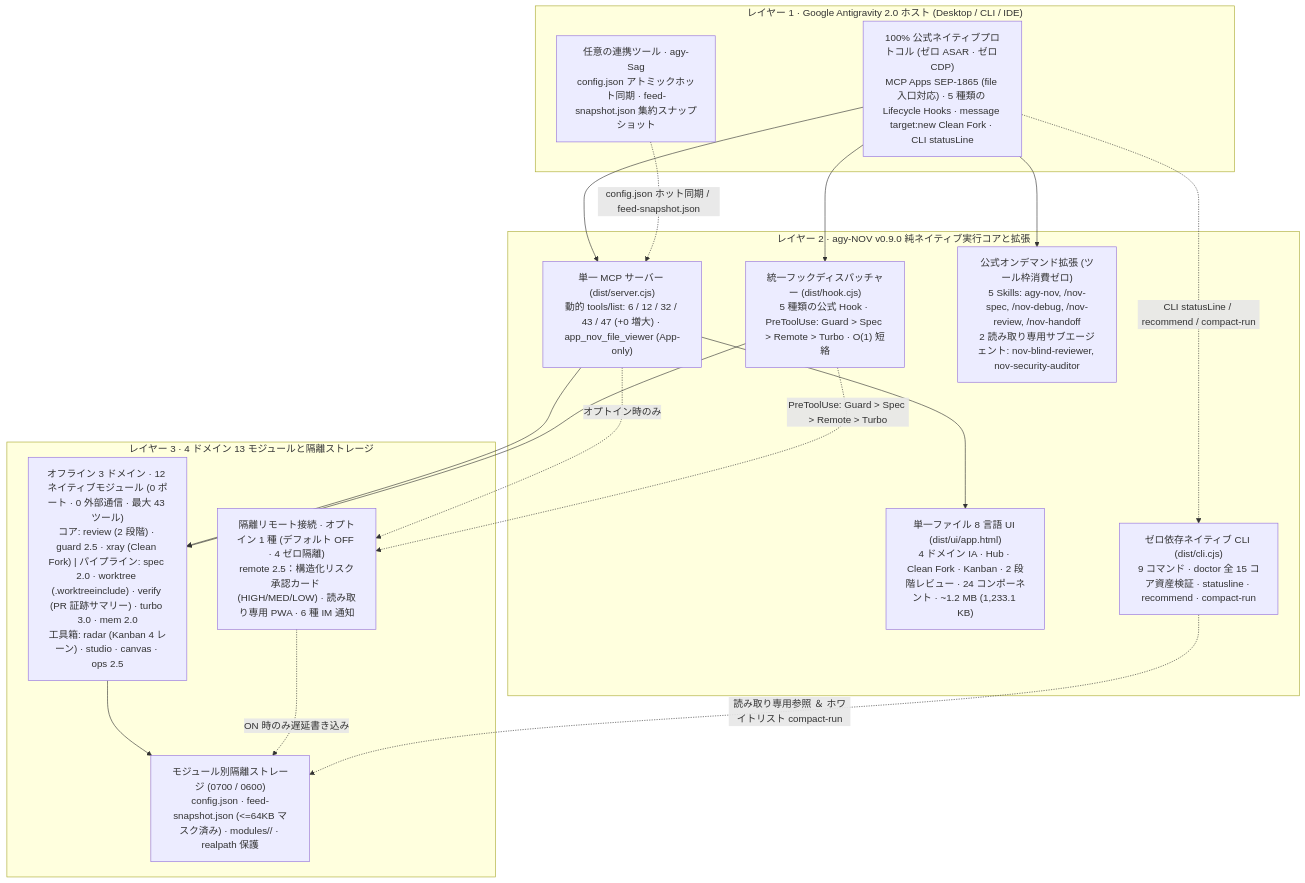
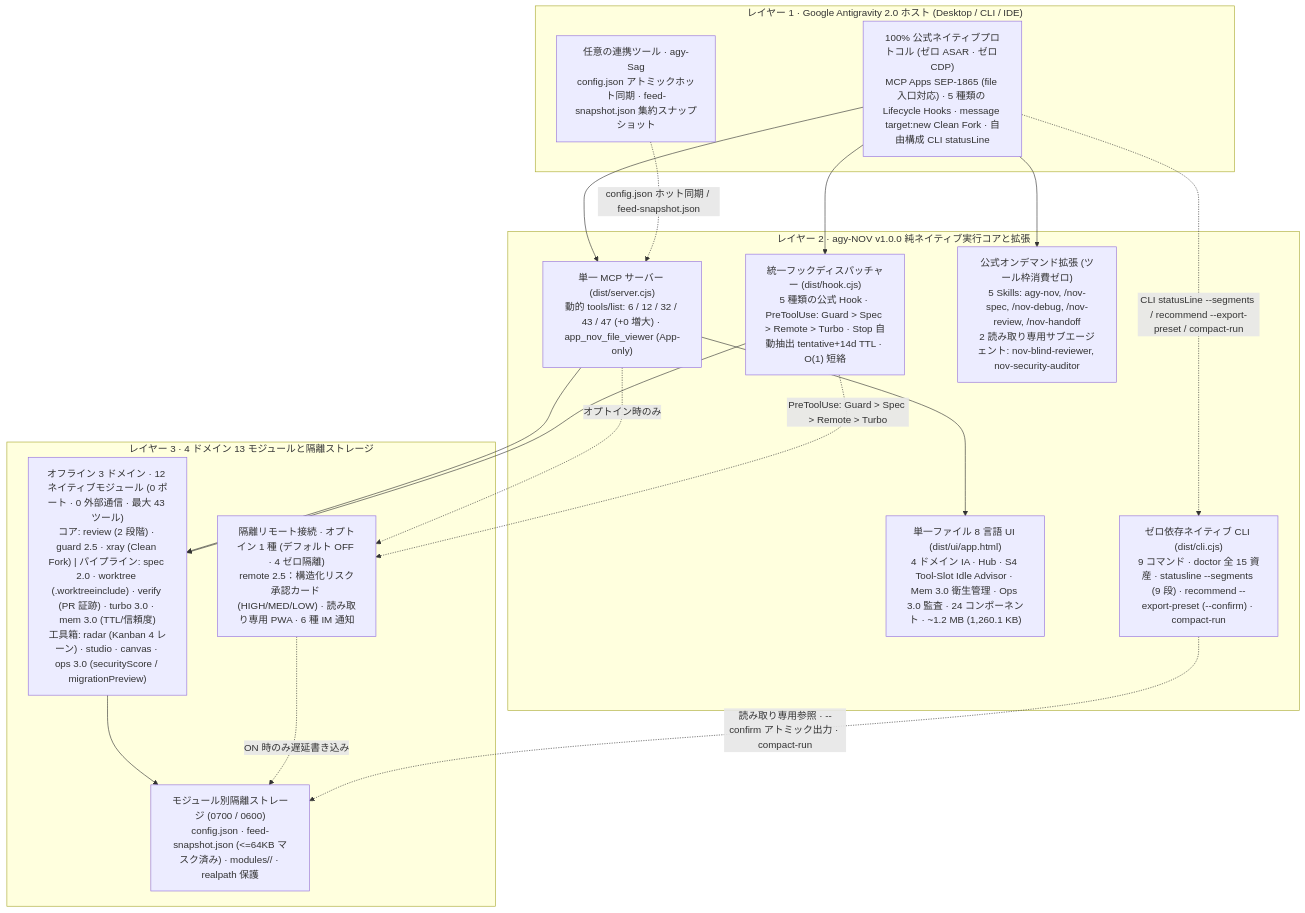
Before and after one commit to tone-leh/agy-NOV: the diagram in docs/i18n/README.ja.md, drawn with Mermaid. The commit also changed other lines of this file and 42 other files, not shown here.

Commit message:
release: v1.0.0 — Ops 3.0 static security audit & cross-client dedup preview, Mem 3.0 confidence/TTL hygiene, customizable 9-segment CLI statusLine & --export-preset scaffold

````diff
--- a/docs/i18n/README.ja.md
+++ b/docs/i18n/README.ja.md
@@ -231,35 +235,35 @@
 ```mermaid
 flowchart TB
   subgraph L1["レイヤー 1 · Google Antigravity 2.0 ホスト (Desktop / CLI / IDE)"]
-    Host["100% 公式ネイティブプロトコル (ゼロ ASAR · ゼロ CDP)\nMCP Apps SEP-1865 (file 入口対応) · 5 種類の Lifecycle Hooks · message target:new Clean Fork · CLI statusLine"]
+    Host["100% 公式ネイティブプロトコル (ゼロ ASAR · ゼロ CDP)\nMCP Apps SEP-1865 (file 入口対応) · 5 種類の Lifecycle Hooks · message target:new Clean Fork · 自由構成 CLI statusLine"]
     Sag["任意の連携ツール · agy-Sag\nconfig.json アトミックホット同期 · feed-snapshot.json 集約スナップショット"]
   end
 
-  subgraph L2["レイヤー 2 · agy-NOV v0.9.0 純ネイティブ実行コアと拡張"]
+  subgraph L2["レイヤー 2 · agy-NOV v1.0.0 純ネイティブ実行コアと拡張"]
     MCP["単一 MCP サーバー (dist/server.cjs)\n動的 tools/list: 6 / 12 / 32 / 43 / 47 (+0 増大) · app_nov_file_viewer (App-only)"]
-    Hook["統一フックディスパッチャー (dist/hook.cjs)\n5 種類の公式 Hook · PreToolUse: Guard > Spec > Remote > Turbo · O(1) 短絡"]
-    UI["単一ファイル 8 言語 UI (dist/ui/app.html)\n4 ドメイン IA · Hub · Clean Fork · Kanban · 2 段階レビュー · 24 コンポーネント · ~1.2 MB (1,233.1 KB)"]
+    Hook["統一フックディスパッチャー (dist/hook.cjs)\n5 種類の公式 Hook · PreToolUse: Guard > Spec > Remote > Turbo · Stop 自動抽出 tentative+14d TTL · O(1) 短絡"]
+    UI["単一ファイル 8 言語 UI (dist/ui/app.html)\n4 ドメイン IA · Hub · S4 Tool-Slot Idle Advisor · Mem 3.0 衛生管理 · Ops 3.0 監査 · 24 コンポーネント · ~1.2 MB (1,260.1 KB)"]
     Ext["公式オンデマンド拡張 (ツール枠消費ゼロ)\n5 Skills: agy-nov, /nov-spec, /nov-debug, /nov-review, /nov-handoff\n2 読み取り専用サブエージェント: nov-blind-reviewer, nov-security-auditor"]
-    CLI["ゼロ依存ネイティブ CLI (dist/cli.cjs)\n9 コマンド · doctor 全 15 コア資産検証 · statusline · recommend · compact-run"]
+    CLI["ゼロ依存ネイティブ CLI (dist/cli.cjs)\n9 コマンド · doctor 全 15 資産 · statusline --segments (9 段) · recommend --export-preset (--confirm) · compact-run"]
   end
 
   subgraph L3["レイヤー 3 · 4 ドメイン 13 モジュールと隔離ストレージ"]
-    T1["オフライン 3 ドメイン · 12 ネイティブモジュール (0 ポート · 0 外部通信 · 最大 43 ツール)\nコア: review (2 段階) · guard 2.5 · xray (Clean Fork) | パイプライン: spec 2.0 · worktree (.worktreeinclude) · verify (PR 証跡サマリー) · turbo 3.0 · mem 2.0\n工具箱: radar (Kanban 4 レーン) · studio · canvas · ops 2.5"]
+    T1["オフライン 3 ドメイン · 12 ネイティブモジュール (0 ポート · 0 外部通信 · 最大 43 ツール)\nコア: review (2 段階) · guard 2.5 · xray (Clean Fork) | パイプライン: spec 2.0 · worktree (.worktreeinclude) · verify (PR 証跡) · turbo 3.0 · mem 3.0 (TTL/信頼度)\n工具箱: radar (Kanban 4 レーン) · studio · canvas · ops 3.0 (securityScore / migrationPreview)"]
     T2R["隔離リモート接続 · オプトイン 1 種 (デフォルト OFF · 4 ゼロ隔離)\nremote 2.5：構造化リスク承認カード (HIGH/MED/LOW) · 読み取り専用 PWA · 6 種 IM 通知"]
     Store["モジュール別隔離ストレージ (0700 / 0600)\nconfig.json · feed-snapshot.json (<=64KB マスク済み) · modules/<id>/ · realpath 保護"]
   end
 
   Host --> MCP
   Host --> Hook
   Host --> Ext
-  Host -. "CLI statusLine / recommend / compact-run" .-> CLI
+  Host -. "CLI statusLine --segments / recommend --export-preset / compact-run" .-> CLI
   Sag -. "config.json ホット同期 / feed-snapshot.json" .-> MCP
   MCP --> UI
   MCP --> T1
   MCP -. "オプトイン時のみ" .-> T2R
   Hook --> T1
   Hook -. "PreToolUse: Guard > Spec > Remote > Turbo" .-> T2R
   T1 --> Store
   T2R -. "ON 時のみ遅延書き込み" .-> Store
-  CLI -. "読み取り専用参照 ＆ ホワイトリスト compact-run" .-> Store
+  CLI -. "読み取り専用参照 · --confirm アトミック出力 · compact-run" .-> Store
 ```
````
